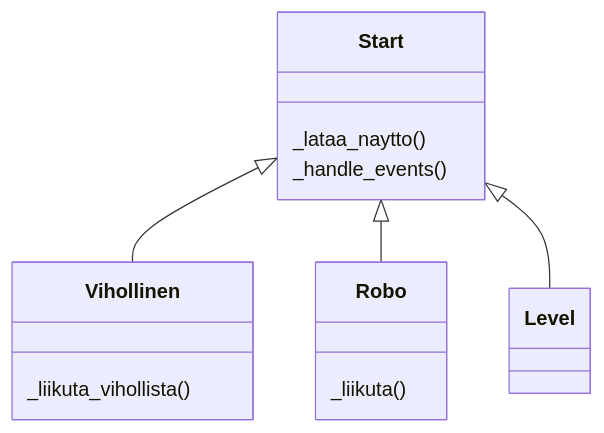
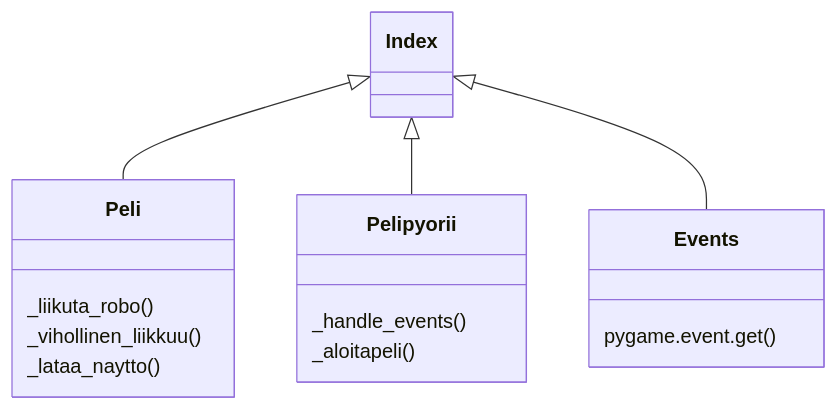
The diagram in dokumentaatio/arkkitehtuuri.md (nicolaskivimaki/Pac-Man), drawn with Mermaid before and after one commit.

````diff
--- a/dokumentaatio/arkkitehtuuri.md
+++ b/dokumentaatio/arkkitehtuuri.md
@@ -1,28 +1,29 @@
 ```mermaid
 classDiagram
-  Start<|--Vihollinen
-  Start<|--Robo
-  Start<|--Level
+  Index<|--Peli
+  Index<|--Pelipyorii
+  Index<|--Events
 
-  class Start{
-    _lataa_naytto()
+  class Pelipyorii{
     _handle_events()
+    _aloitapeli()
 
   }
-  class Level{
+  
+  
+  class Peli{
+  
+  _liikuta_robo()
+  _vihollinen_liikkuu()
+  _lataa_naytto()
 
 
   }
 
-  class Robo{
-    _liikuta()
-
-  }
-
-  class Vihollinen{
-    _liikuta_vihollista()
+  class Events{
+    pygame.event.get()
 
   }
  
 
 ```
````
